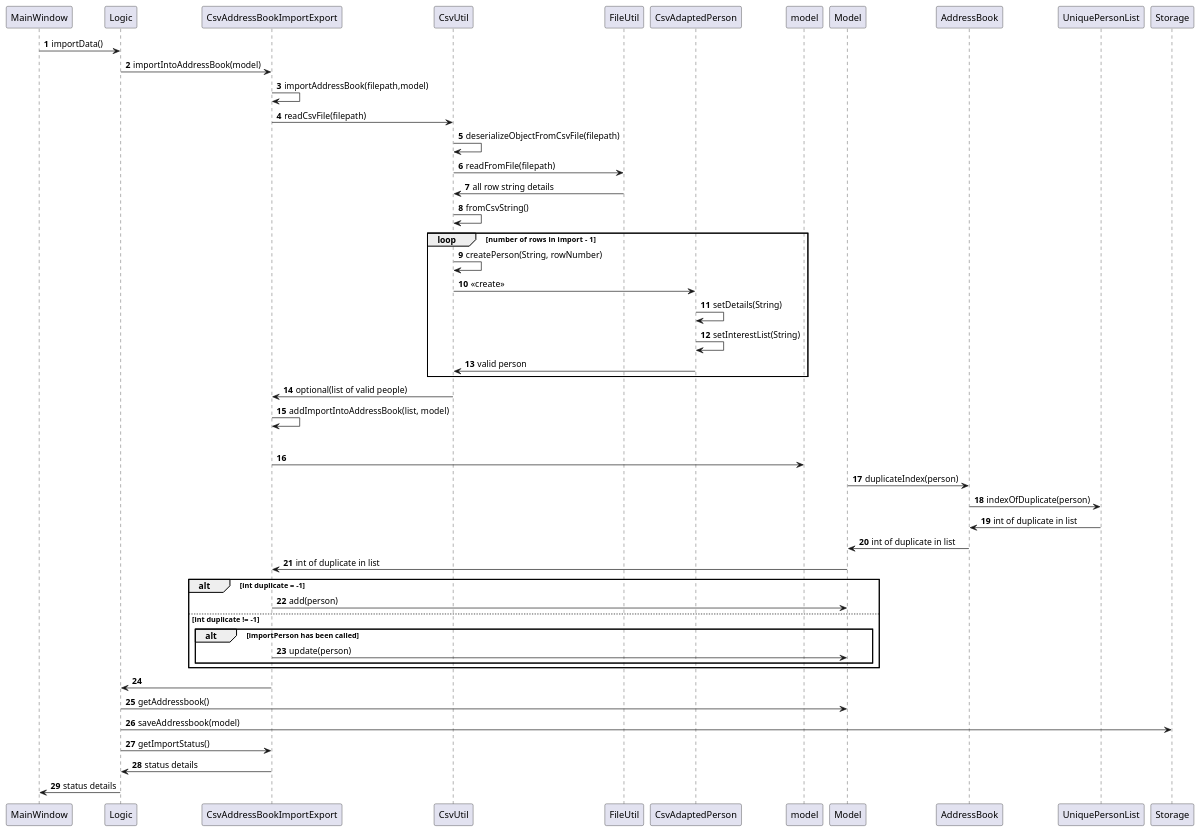
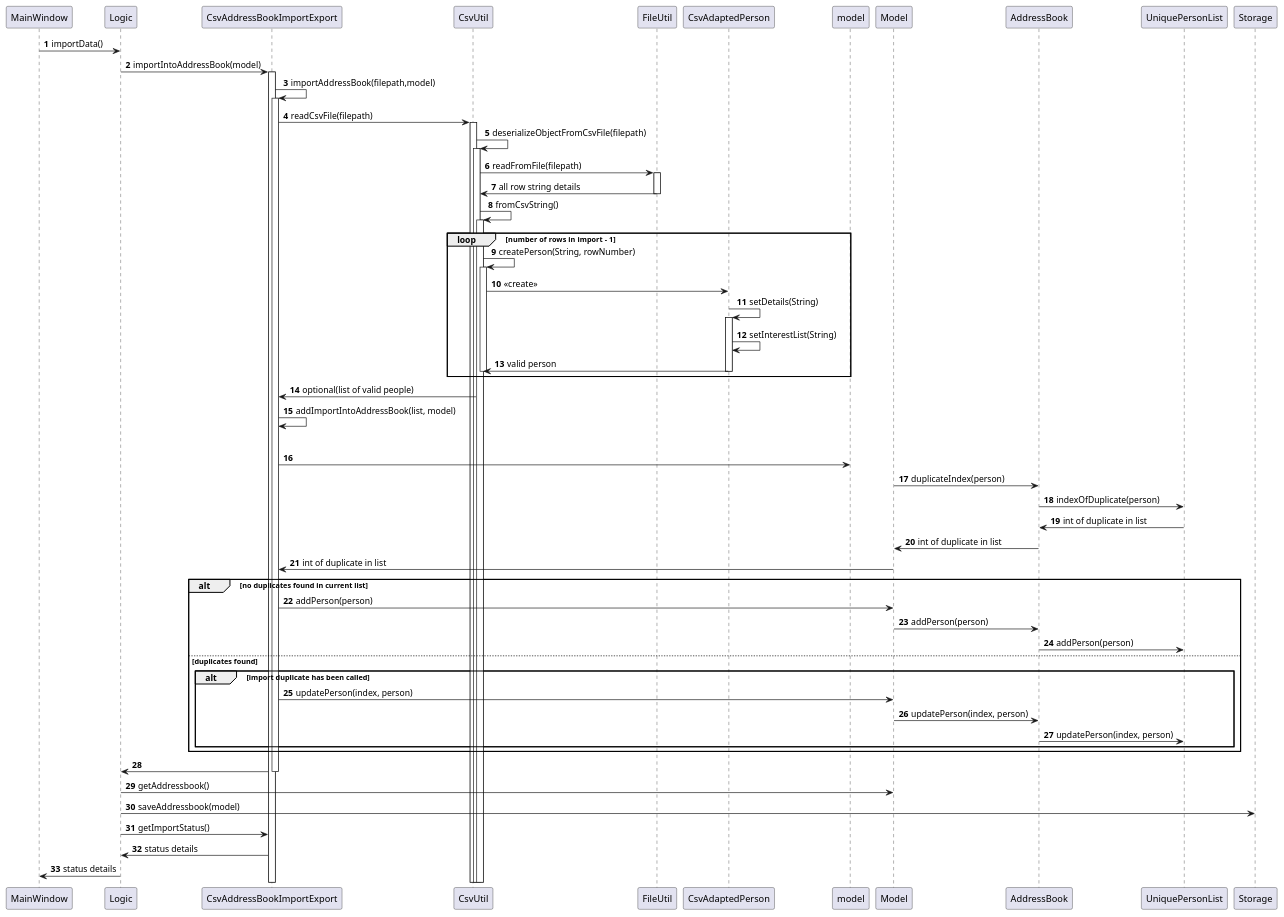
Before and after one commit to pranav-ganesh/tp: the diagram in docs/diagrams/ImportCsvSequenceDiagram.puml, drawn with PlantUML.

Commit message:
Fix duplicate

```diff
--- a/docs/diagrams/ImportCsvSequenceDiagram.puml
+++ b/docs/diagrams/ImportCsvSequenceDiagram.puml
@@ -1,49 +1,67 @@
 @startuml
 'https://plantuml.com/sequence-diagram
 
 autonumber
 
 MainWindow -> Logic: importData()
 Logic -> CsvAddressBookImportExport: importIntoAddressBook(model)
+activate CsvAddressBookImportExport
 CsvAddressBookImportExport -> CsvAddressBookImportExport: importAddressBook(filepath,model)
+activate CsvAddressBookImportExport
 CsvAddressBookImportExport -> CsvUtil: readCsvFile(filepath)
+activate CsvUtil
 CsvUtil -> CsvUtil: deserializeObjectFromCsvFile(filepath)
+activate CsvUtil
 CsvUtil -> FileUtil: readFromFile(filepath)
+activate FileUtil
 CsvUtil <- FileUtil: all row string details
+deactivate FileUtil
 CsvUtil -> CsvUtil: fromCsvString()
+activate CsvUtil
 
 loop number of  rows in import - 1
     CsvUtil -> CsvUtil: createPerson(String, rowNumber)
+    activate CsvUtil
     CsvUtil -> CsvAdaptedPerson: <<create>>
+    
 
     CsvAdaptedPerson -> CsvAdaptedPerson: setDetails(String)
+    activate CsvAdaptedPerson
     CsvAdaptedPerson -> CsvAdaptedPerson: setInterestList(String)
     CsvUtil <- CsvAdaptedPerson: valid person
+    deactivate CsvAdaptedPerson
+    deactivate CsvAdaptedPerson
+    deactivate CsvUtil
     end
 
 CsvAddressBookImportExport <- CsvUtil: optional(list of valid people)
 CsvAddressBookImportExport -> CsvAddressBookImportExport: addImportIntoAddressBook(list, model)
 
 loop no. of valid people
     CsvAddressBookImportExport  -> model
 	Model -> AddressBook: duplicateIndex(person)
 	AddressBook -> UniquePersonList : indexOfDuplicate(person)
 	AddressBook <- UniquePersonList : int of duplicate in list
 	Model <- AddressBook : int of duplicate in list
     CsvAddressBookImportExport <- Model : int of duplicate in list
-    alt int duplicate = -1
-        CsvAddressBookImportExport ->  Model: add(person)
-    else int duplicate != -1
-        alt importPerson has been called
-            CsvAddressBookImportExport ->  Model: update(person)
+    alt no duplicates found in current list
+        CsvAddressBookImportExport ->  Model: addPerson(person)
+        Model -> AddressBook : addPerson(person)
+        AddressBook -> UniquePersonList : addPerson(person)
+    else duplicates found
+        alt import duplicate has been called
+                    CsvAddressBookImportExport ->  Model: updatePerson(index, person)
+                    Model -> AddressBook : updatePerson(index, person)
+                    AddressBook -> UniquePersonList : updatePerson(index, person)
         end
     end
 
 Logic <- CsvAddressBookImportExport
+deactivate CsvAddressBookImportExport
 Logic -> Model: getAddressbook()
 Logic -> Storage: saveAddressbook(model)
 Logic -> CsvAddressBookImportExport: getImportStatus()
 Logic <- CsvAddressBookImportExport: status details
 MainWindow <- Logic: status details
 
 @enduml
```
